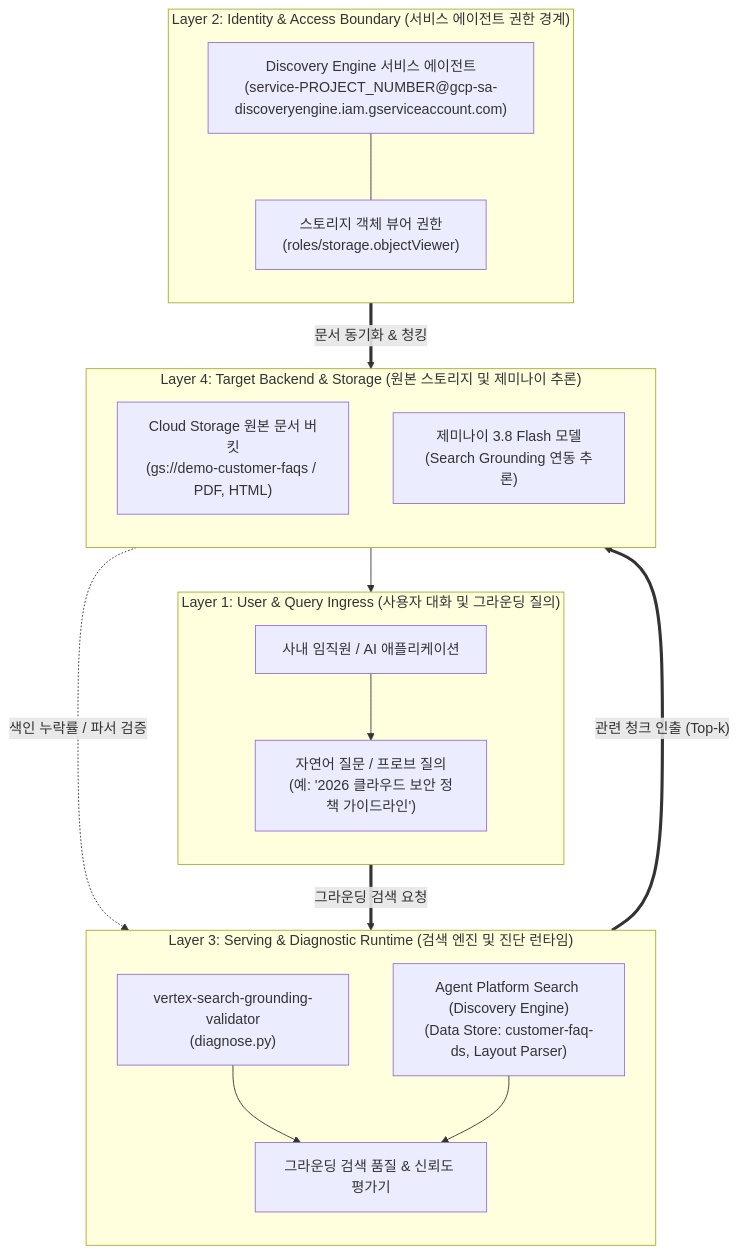
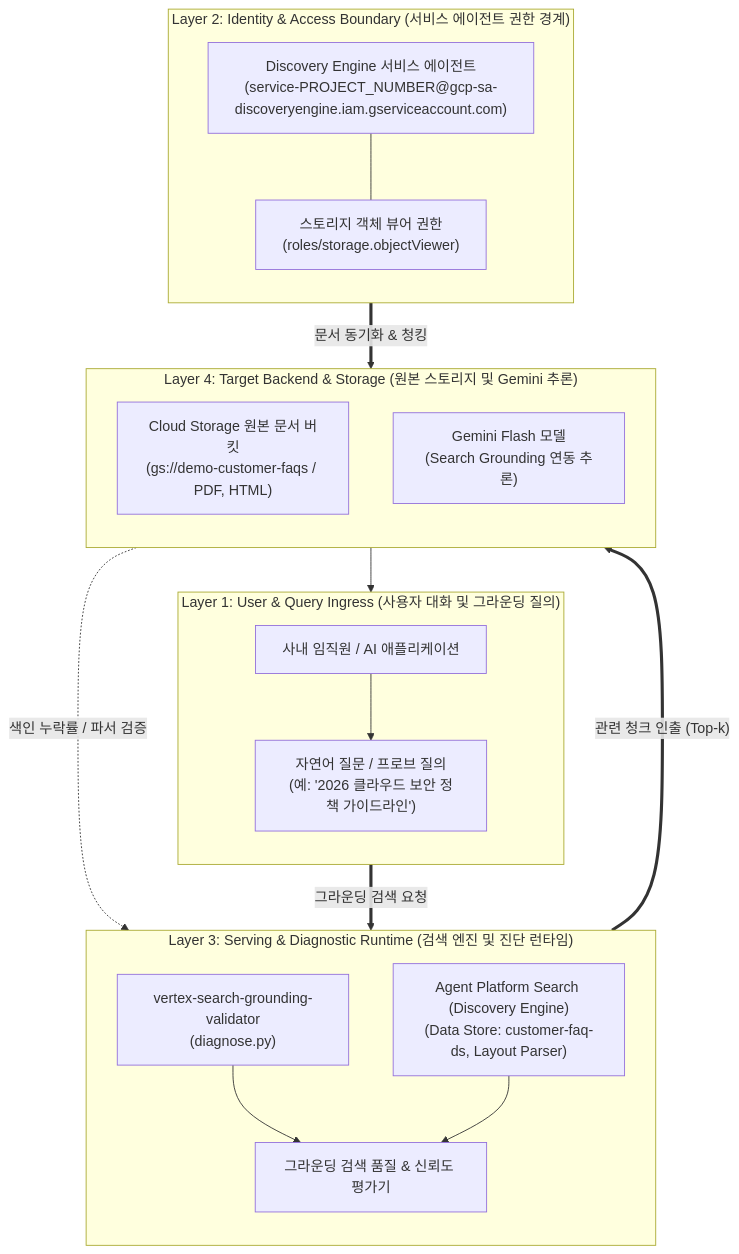
One commit to jiangjun-forge/google-cloud-0-to-1 changed the diagram in samples/vertex-search-grounding-validator/README.md. Above: the diagram before and after it, drawn with Mermaid. The commit also changed other lines of this file and 229 other files, not shown here.

````diff
--- a/samples/vertex-search-grounding-validator/README.md
+++ b/samples/vertex-search-grounding-validator/README.md
@@ -97,37 +97,37 @@
 ```mermaid
 flowchart TB
     subgraph Layer1["Layer 1: User & Query Ingress (사용자 대화 및 그라운딩 질의)"]
         direction TB
         EndUser["사내 임직원 / AI 애플리케이션"]
         UserQuery["자연어 질문 / 프로브 질의<br/>(예: '2026 클라우드 보안 정책 가이드라인')"]
         EndUser --> UserQuery
     end
 
     subgraph Layer2["Layer 2: Identity & Access Boundary (서비스 에이전트 권한 경계)"]
         direction TB
         ServiceAgent["Discovery Engine 서비스 에이전트<br/>(service-PROJECT_NUMBER@gcp-sa-discoveryengine.iam.gserviceaccount.com)"]
         StorageViewerRole["스토리지 객체 뷰어 권한<br/>(roles/storage.objectViewer)"]
         ServiceAgent --- StorageViewerRole
     end
 
     subgraph Layer3["Layer 3: Serving & Diagnostic Runtime (검색 엔진 및 진단 런타임)"]
         direction TB
         SearchValidator["vertex-search-grounding-validator<br/>(diagnose.py)"]
         DataStoreEngine["Agent Platform Search (Discovery Engine)<br/>(Data Store: customer-faq-ds, Layout Parser)"]
         GroundingProbe["그라운딩 검색 품질 & 신뢰도 평가기"]
         SearchValidator --> GroundingProbe
         DataStoreEngine --> GroundingProbe
     end
 
-    subgraph Layer4["Layer 4: Target Backend & Storage (원본 스토리지 및 제미나이 추론)"]
+    subgraph Layer4["Layer 4: Target Backend & Storage (원본 스토리지 및 Gemini 추론)"]
         direction TB
         SourceBucket["Cloud Storage 원본 문서 버킷<br/>(gs://demo-customer-faqs / PDF, HTML)"]
-        GeminiModel["제미나이 3.8 Flash 모델<br/>(Search Grounding 연동 추론)"]
+        GeminiModel["Gemini Flash 모델<br/>(Search Grounding 연동 추론)"]
     end
 
     UserQuery ==>|"그라운딩 검색 요청"| DataStoreEngine
     ServiceAgent ==>|"문서 동기화 & 청킹"| SourceBucket
     SourceBucket -.->|"색인 누락률 / 파서 검증"| SearchValidator
     DataStoreEngine ==>|"관련 청크 인출 (Top-k)"| GeminiModel
     GeminiModel --> EndUser
 ```
````
